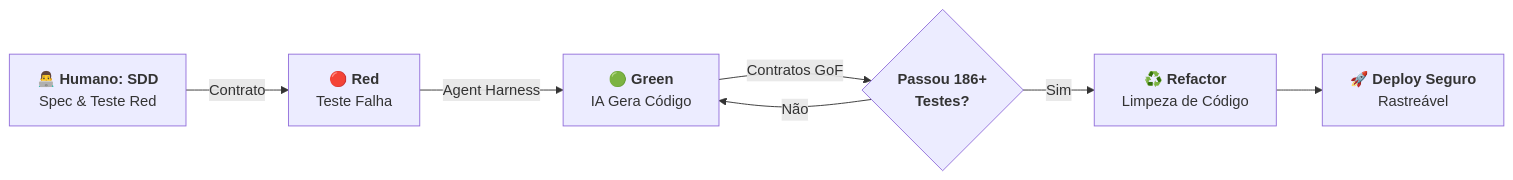
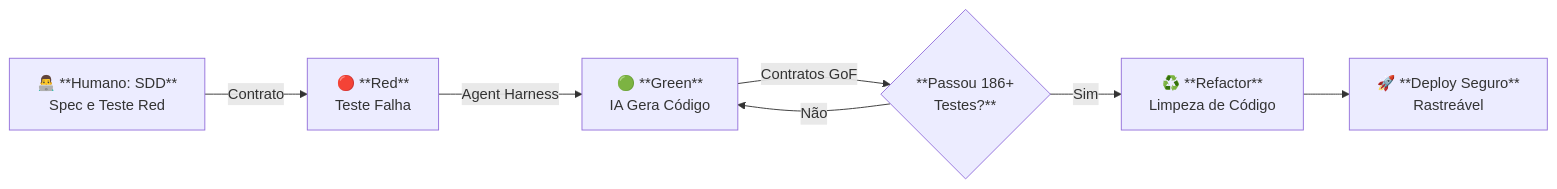
The second of 2 diagrams in Manifesto/manifesto.md (andresouza72br-sketch/SHM-Support-Hours-Manager), drawn with Mermaid before and after one commit. The commit also changed other lines of this file and 1 other file, not shown here.

Commit message:
docs: corrige renderizacao dos diagramas mermaid e adiciona links do linkedin no manifesto e readme

````diff
--- a/Manifesto/manifesto.md
+++ b/Manifesto/manifesto.md
@@ -109,9 +101,9 @@
 ```mermaid
 flowchart LR
-    A["👨‍💻 <b>Humano: SDD</b><br>Spec & Teste Red"] -->|Contrato| B["🔴 <b>Red</b><br>Teste Falha"]
-    B -->|Agent Harness| C["🟢 <b>Green</b><br>IA Gera Código"]
-    C -->|Contratos GoF| D{"<b>Passou 186+<br>Testes?</b>"}
+    A["👨‍💻 **Humano: SDD**<br>Spec e Teste Red"] -->|Contrato| B["🔴 **Red**<br>Teste Falha"]
+    B -->|Agent Harness| C["🟢 **Green**<br>IA Gera Código"]
+    C -->|Contratos GoF| D{"**Passou 186+<br>Testes?**"}
     D -- "Não" --> C
-    D -- "Sim" --> E["♻️ <b>Refactor</b><br>Limpeza de Código"]
-    E --> F["🚀 <b>Deploy Seguro</b><br>Rastreável"]
+    D -- "Sim" --> E["♻️ **Refactor**<br>Limpeza de Código"]
+    E --> F["🚀 **Deploy Seguro**<br>Rastreável"]
 ```
````
